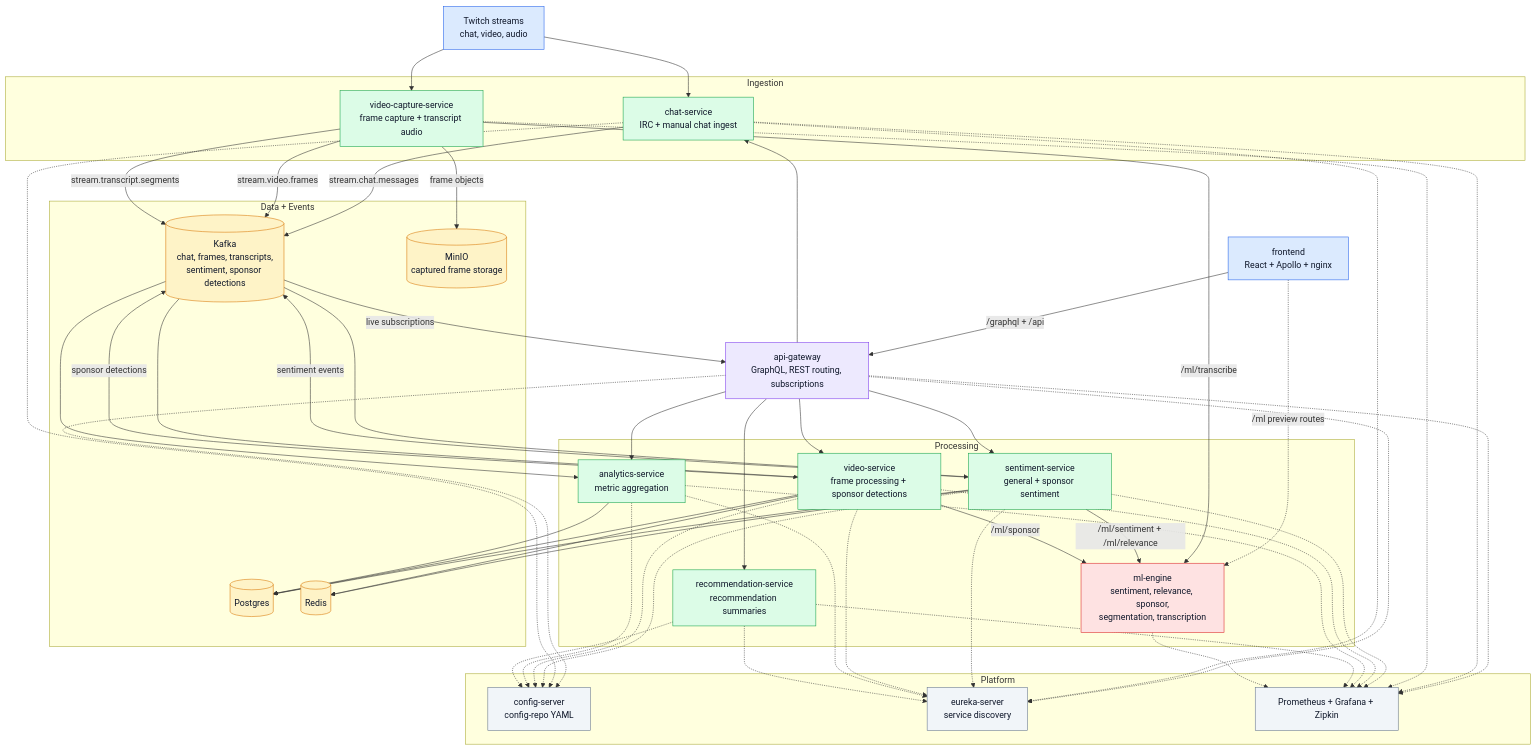
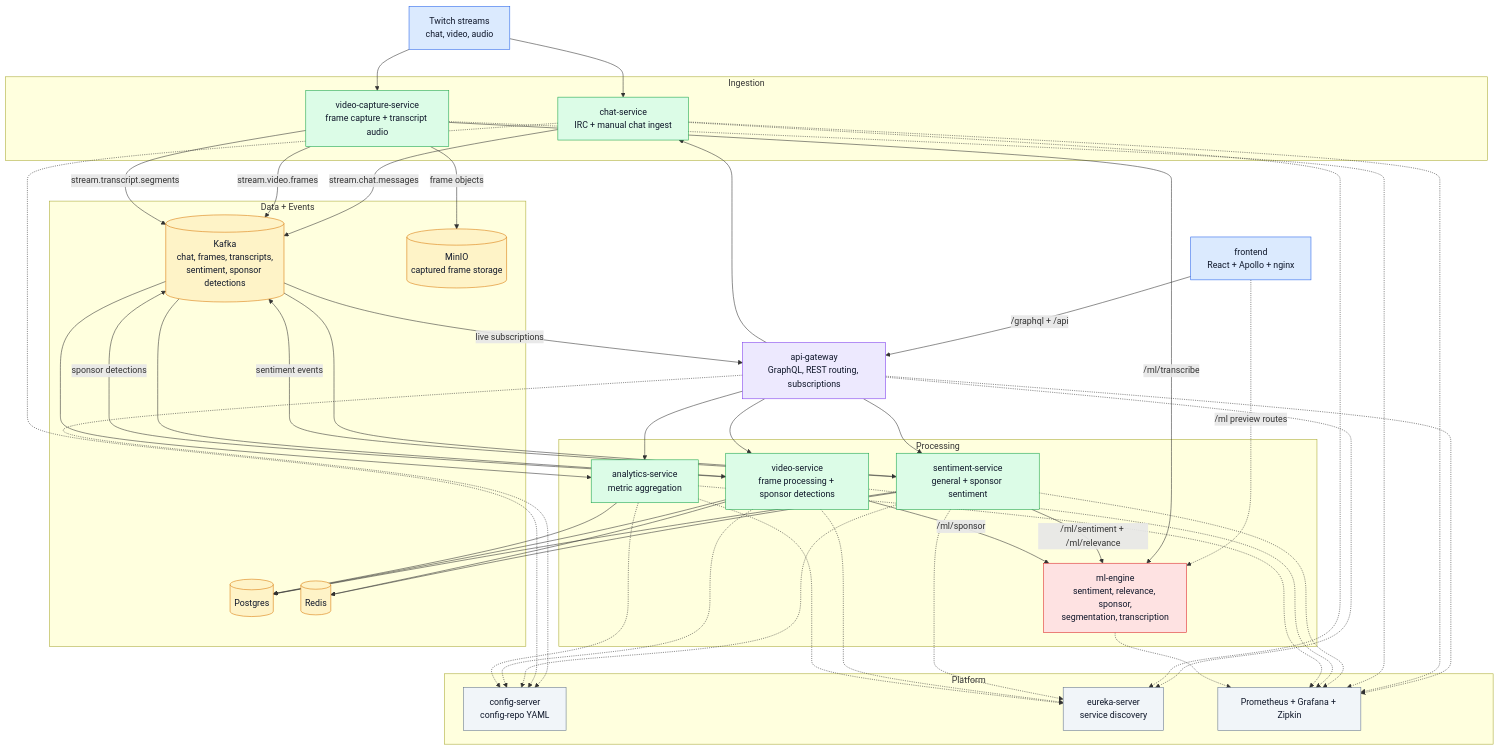
The diagram in README.md (8wali8/StreamSense-Production), drawn with Mermaid before and after one commit. The commit also changed other lines of this file and 64 other files, not shown here.

First line of the commit message:
refactor: remove recommendation-service from the stack

````diff
--- a/README.md
+++ b/README.md
@@ -27,7 +27,6 @@
     SENT[sentiment-service<br/>general + sponsor sentiment]:::service
     VIDEO[video-service<br/>frame processing + sponsor detections]:::service
     ANALYTICS[analytics-service<br/>metric aggregation]:::service
-    RECO[recommendation-service<br/>recommendation summaries]:::service
     ML[ml-engine<br/>sentiment, relevance, sponsor,<br/>segmentation, transcription]:::ml
   end
 
@@ -51,7 +50,6 @@
   GW --> SENT
   GW --> VIDEO
   GW --> ANALYTICS
-  GW --> RECO
   KAFKA -->|live subscriptions| GW
 
   TW --> CHAT
@@ -82,14 +80,12 @@
   SENT -.-> CONFIG
   VIDEO -.-> CONFIG
   ANALYTICS -.-> CONFIG
-  RECO -.-> CONFIG
 
   GW -.-> EUREKA
   CHAT -.-> EUREKA
   SENT -.-> EUREKA
   VIDEO -.-> EUREKA
   ANALYTICS -.-> EUREKA
-  RECO -.-> EUREKA
 
   GW -.-> OBS
   CHAT -.-> OBS
@@ -97,6 +93,5 @@
   SENT -.-> OBS
   VIDEO -.-> OBS
   ANALYTICS -.-> OBS
-  RECO -.-> OBS
   ML -.-> OBS
 ```
````
